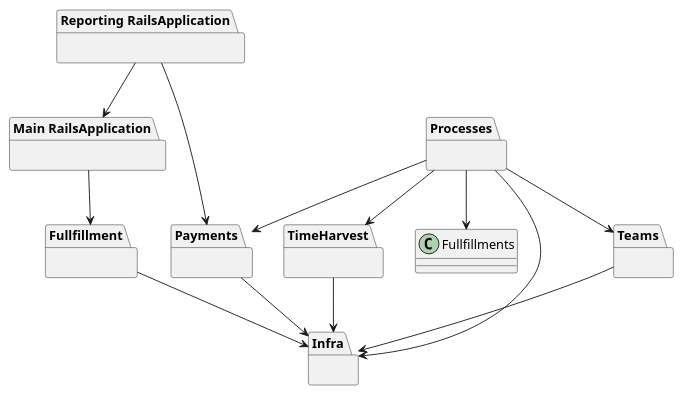
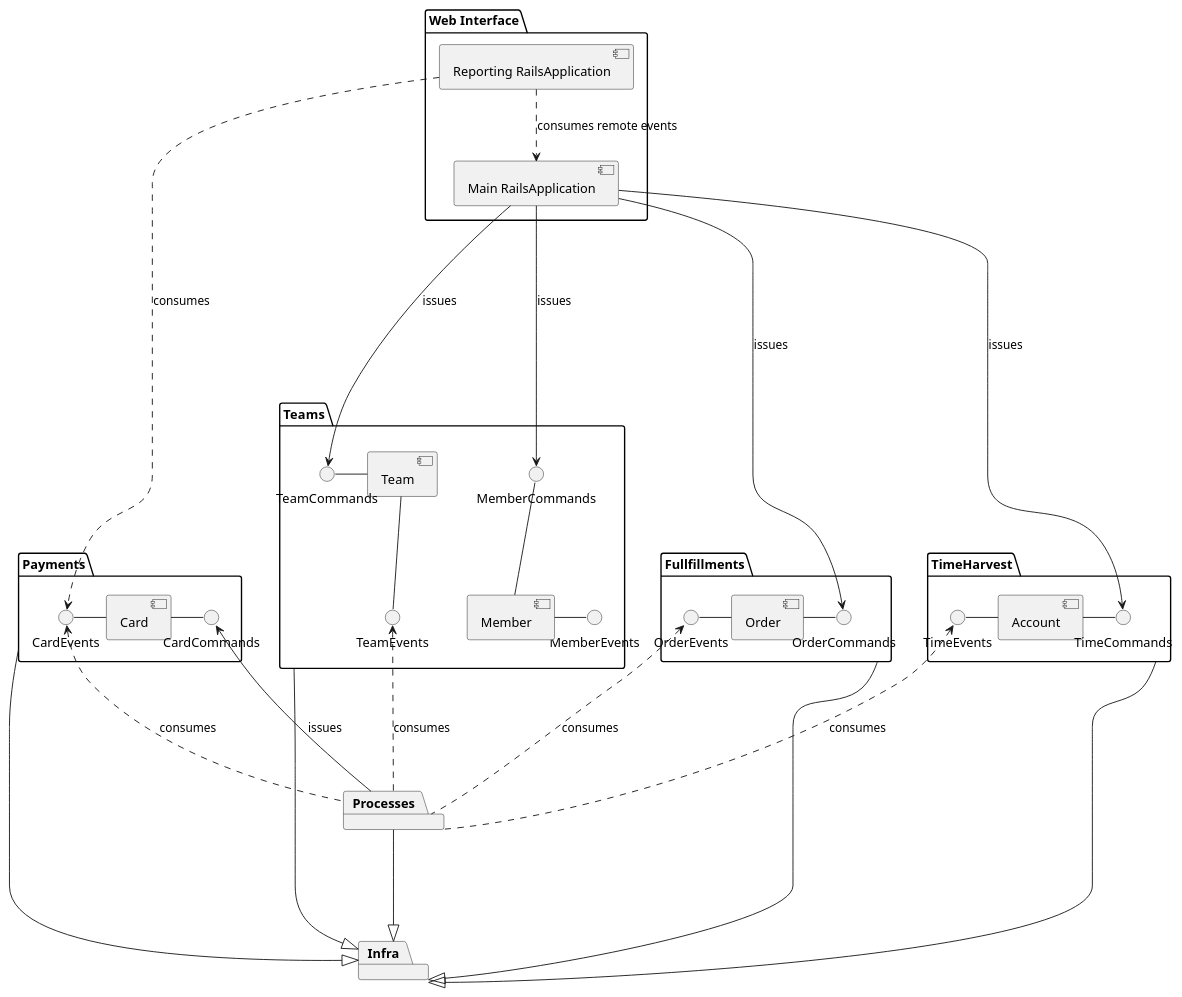
One commit to orbanbotond/DDD_FamilyMerit changed the diagram in diagrams/architecture.puml. Above: the diagram before and after it, drawn with PlantUML. The commit also changed 3 other files, not shown here.

Commit message:
The diagram is more finetuned

```diff
--- a/diagrams/architecture.puml
+++ b/diagrams/architecture.puml
@@ -1,41 +1,54 @@
 @startuml
 
 package "Infra" {
 }
 
-package "Fullfillment" {
+package "Fullfillments" {
+  [Order] - OrderCommands
+  OrderEvents - [Order]
 }
 
 package "Payments" {
+  CardEvents - [Card]
+  [Card] - CardCommands
 }
 
 package "Processes" {
 }
 
 package "Teams" {
+	MemberEvents -left- [Member]
+	[Member] -up- MemberCommands
+	TeamEvents -up- [Team]
+	[Team] - TeamCommands
 }
 
 package "TimeHarvest" {
+	TimeEvents - [Account]
+	[Account] - TimeCommands
 }
 
-package "Main RailsApplication" {
+package "Web Interface" {
+	[Reporting RailsApplication]
+	[Main RailsApplication]
 }
 
-package "Reporting RailsApplication" {
-}
+Fullfillments ---|> Infra
+Payments ---|> Infra
+Processes ---|> Infra
+Teams ---|> Infra
+TimeHarvest ---|> Infra
 
-Fullfillment --> Infra
-Payments --> Infra
-Processes --> Infra
-Teams --> Infra
-TimeHarvest --> Infra
-
-"Main RailsApplication" --> Fullfillment
-"Reporting RailsApplication" --> "Main RailsApplication"
-"Reporting RailsApplication" ---> Payments
-Processes --> Payments
-Processes --> Fullfillments
-Processes --> Teams
-Processes --> TimeHarvest
+"Main RailsApplication" ----> TimeCommands : issues
+"Main RailsApplication" ----> TeamCommands : issues
+"Main RailsApplication" ----> MemberCommands : issues
+"Main RailsApplication" ----> OrderCommands : issues
+"Reporting RailsApplication" ..> "Main RailsApplication" :consumes remote events
+"Reporting RailsApplication" ...> CardEvents :consumes
+Processes ..up.> CardEvents :consumes
+Processes ..up.> OrderEvents :consumes
+Processes ..up.> TeamEvents :consumes
+Processes ..up.> TimeEvents :consumes
+Processes --up-> CardCommands :issues
 
 @enduml
```
